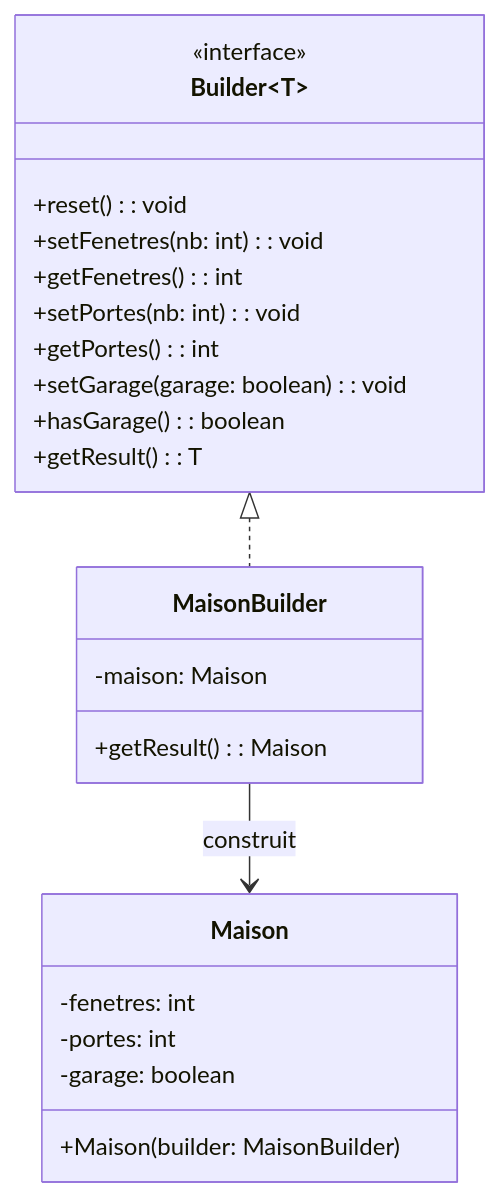
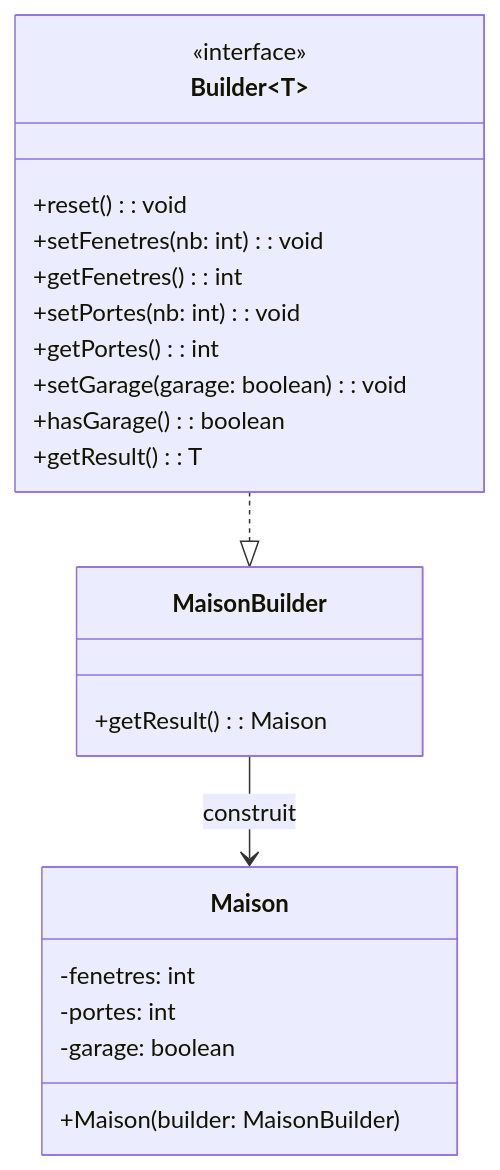
Before and after one commit to ophenix-maisonneuve/420-930-ma-site-web: the diagram in _notes/patterns/creation/pattern-builder.md, drawn with Mermaid.

Commit message:
modification du diagramme de classes

````diff
--- a/_notes/patterns/creation/pattern-builder.md
+++ b/_notes/patterns/creation/pattern-builder.md
@@ -48,29 +48,28 @@
 ```mermaid
 classDiagram
 class Maison {
   -fenetres: int
   -portes: int
   -garage: boolean
   +Maison(builder: MaisonBuilder)
 }
 
 class Builder~T~ {
   <<interface>>
   +reset(): void
   +setFenetres(nb: int): void
   +getFenetres(): int
   +setPortes(nb: int): void
   +getPortes(): int
   +setGarage(garage: boolean): void
   +hasGarage(): boolean
   +getResult(): T
 }
 
 class MaisonBuilder {
-  -maison: Maison
   +getResult(): Maison
 }
 
-Builder <|.. MaisonBuilder
+Builder ..|> MaisonBuilder
 MaisonBuilder --> Maison : construit
 ```
````
